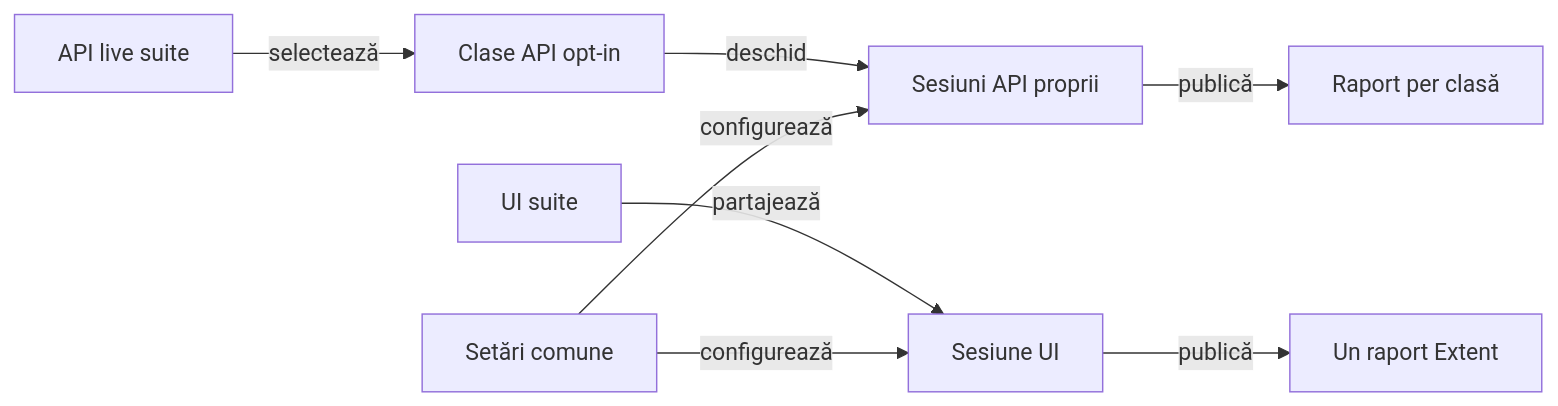
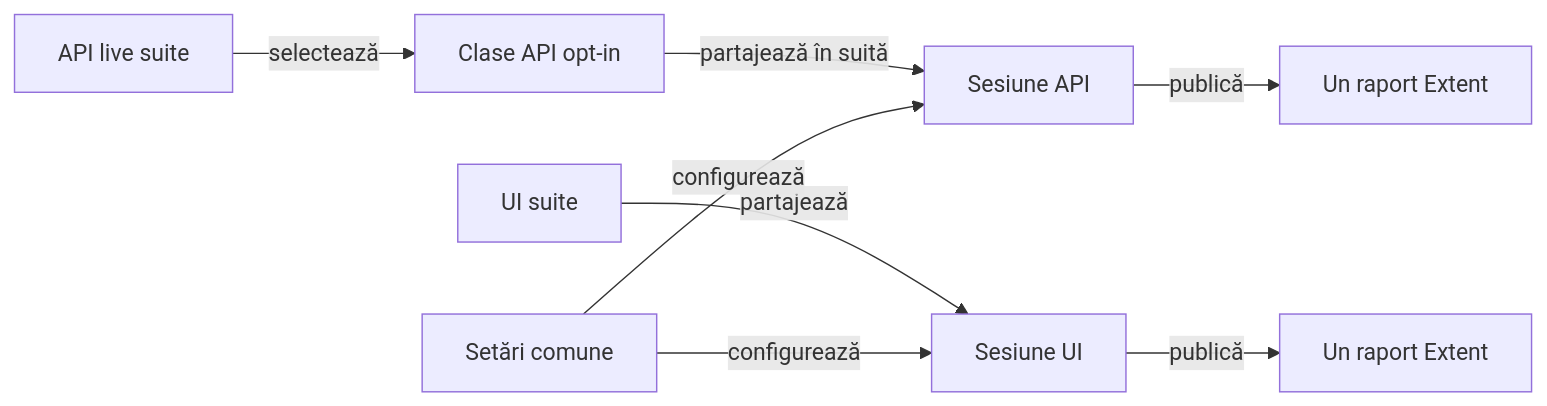
One commit to crististefanita/atf_j0 changed the fifth of 6 diagrams in atf-test-auto-ex/README.md. Above: the diagram before and after it, drawn with Mermaid. The commit also changed other lines of this file and 56 other files, not shown here.

````diff
--- a/atf-test-auto-ex/README.md
+++ b/atf-test-auto-ex/README.md
@@ -652,10 +677,10 @@
 ```mermaid
 flowchart LR
     UI[UI suite] -->|partajează| UISession[Sesiune UI]
     UISession -->|publică| UIReport[Un raport Extent]
     API[API live suite] -->|selectează| Classes[Clase API opt-in]
-    Classes -->|deschid| ApiSession[Sesiuni API proprii]
-    ApiSession -->|publică| ApiReports[Raport per clasă]
+    Classes -->|partajează în suită| ApiSession[Sesiune API]
+    ApiSession -->|publică| ApiReports[Un raport Extent]
     Config[Setări comune] -->|configurează| UISession
     Config -->|configurează| ApiSession
 ```
````
